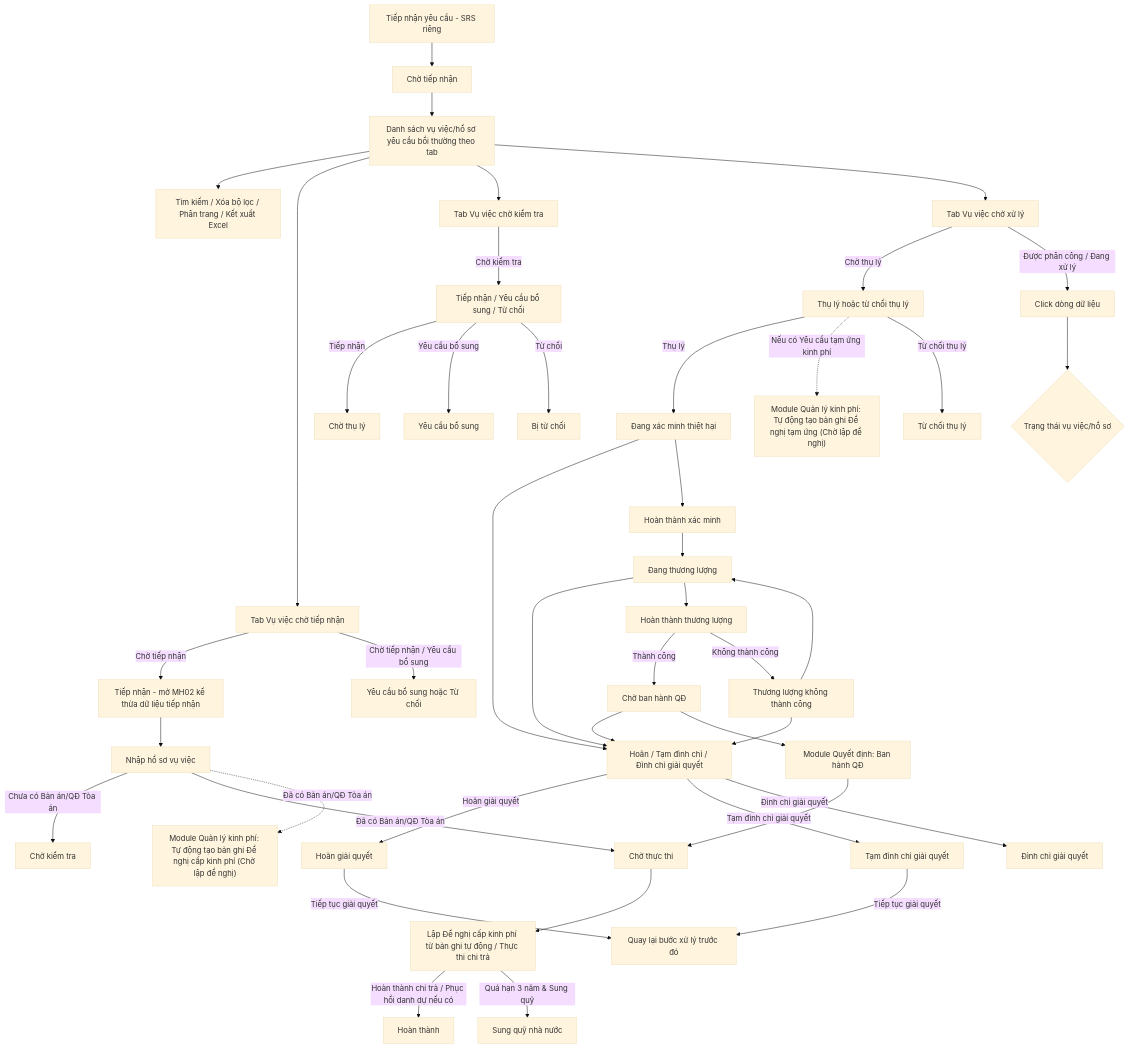
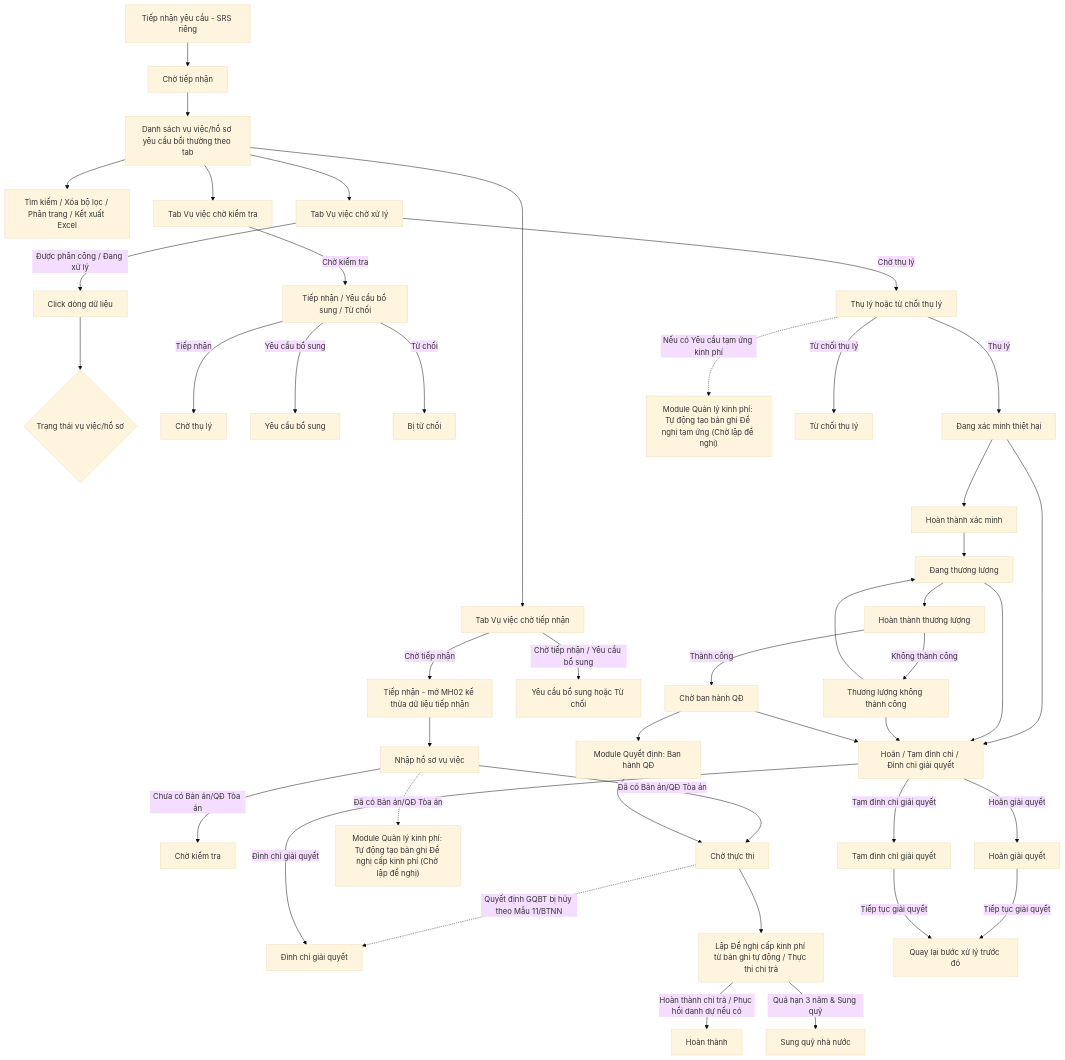
The diagram in Tai lieu phan tich/03_Website_Quan_tri/03_Cong_tac_boi_thuong/SRS_BTNN_GiaiQuyetBT_GiaiQuyet_YCBT.md (huyendt2007/BPBD_UI), drawn with Mermaid (base theme) before and after one commit. The commit also changed other lines of this file and 19 other files, not shown here.

````diff
--- a/Tai lieu phan tich/03_Website_Quan_tri/03_Cong_tac_boi_thuong/SRS_BTNN_GiaiQuyetBT_GiaiQuyet_YCBT.md
+++ b/Tai lieu phan tich/03_Website_Quan_tri/03_Cong_tac_boi_thuong/SRS_BTNN_GiaiQuyetBT_GiaiQuyet_YCBT.md
@@ -31,45 +31,46 @@
 ```mermaid
 flowchart TD
     A[Danh sách vụ việc/hồ sơ yêu cầu bồi thường theo tab] --> B[Tìm kiếm / Xóa bộ lọc / Phân trang / Kết xuất Excel]
     TN[Tiếp nhận yêu cầu - SRS riêng] --> D["Chờ tiếp nhận"]
     D --> A
     A --> T1[Tab Vụ việc chờ tiếp nhận]
     A --> T2[Tab Vụ việc chờ kiểm tra]
     A --> T3[Tab Vụ việc chờ xử lý]
     T1 -->|"Chờ tiếp nhận"| E1[Tiếp nhận - mở MH02 kế thừa dữ liệu tiếp nhận]
     T1 -->|"Chờ tiếp nhận / Yêu cầu bổ sung"| E2[Yêu cầu bổ sung hoặc Từ chối]
     E1 --> E[Nhập hồ sơ vụ việc]
     T2 -->|"Chờ kiểm tra"| I[Tiếp nhận / Yêu cầu bổ sung / Từ chối]
     T3 -->|"Chờ thụ lý"| M[Thụ lý hoặc từ chối thụ lý]
     T3 -->|"Được phân công / Đang xử lý"| G[Click dòng dữ liệu]
     G --> H{Trạng thái vụ việc/hồ sơ}
     E -->|"Chưa có Bản án/QĐ Tòa án"| F["Chờ kiểm tra"]
     E -->|"Đã có Bản án/QĐ Tòa án"| V["Chờ thực thi"]
     E -.->|"Đã có Bản án/QĐ Tòa án"| M2["Module Quản lý kinh phí: Tự động tạo bản ghi Đề nghị cấp kinh phí (Chờ lập đề nghị)"]
+    V -.->|"Quyết định GQBT bị hủy theo Mẫu 11/BTNN"| Y3
     I -->|"Tiếp nhận"| J["Chờ thụ lý"]
     I -->|"Yêu cầu bổ sung"| K["Yêu cầu bổ sung"]
     I -->|"Từ chối"| L["Bị từ chối"]
     M -->|"Thụ lý"| N["Đang xác minh thiệt hại"]
     M -.->|"Nếu có Yêu cầu tạm ứng kinh phí"| M1["Module Quản lý kinh phí: Tự động tạo bản ghi Đề nghị tạm ứng (Chờ lập đề nghị)"]
     M -->|"Từ chối thụ lý"| O["Từ chối thụ lý"]
     V --> V1[Lập Đề nghị cấp kinh phí từ bản ghi tự động / Thực thi chi trả]
     V1 -->|"Hoàn thành chi trả / Phục hồi danh dự nếu có"| X["Hoàn thành"]
     V1 -->|"Quá hạn 3 năm & Sung quỹ"| SQ["Sung quỹ nhà nước"]
     N --> Y[Hoãn / Tạm đình chỉ / Đình chỉ giải quyết]
     Q --> Y
     T --> Y
     S --> Y
     Y -->|"Hoãn giải quyết"| Y1["Hoãn giải quyết"]
     Y -->|"Tạm đình chỉ giải quyết"| Y2["Tạm đình chỉ giải quyết"]
     Y -->|"Đình chỉ giải quyết"| Y3["Đình chỉ giải quyết"]
     Y1 -->|"Tiếp tục giải quyết"| Z[Quay lại bước xử lý trước đó]
     Y2 -->|"Tiếp tục giải quyết"| Z
     N --> P[Hoàn thành xác minh]
     P --> Q["Đang thương lượng"]
     Q --> R[Hoàn thành thương lượng]
     R -->|"Thành công"| S["Chờ ban hành QĐ"]
     R -->|"Không thành công"| T["Thương lượng không thành công"]
     T --> Q
     S --> U[Module Quyết định: Ban hành QĐ]
     U --> V
 ```
````
